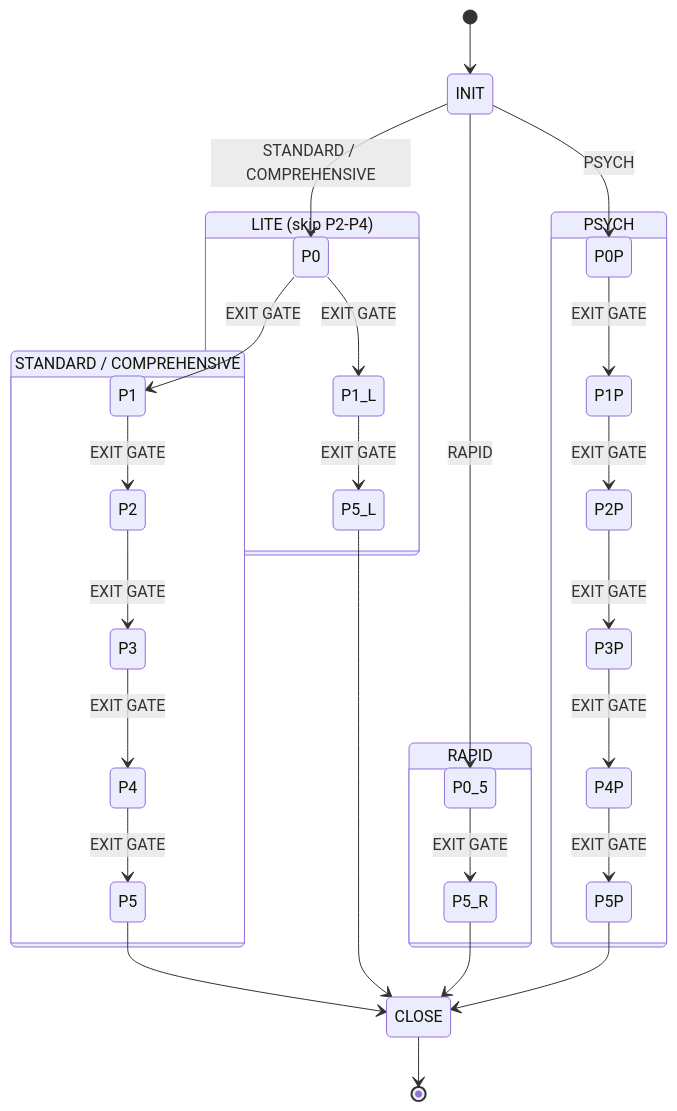
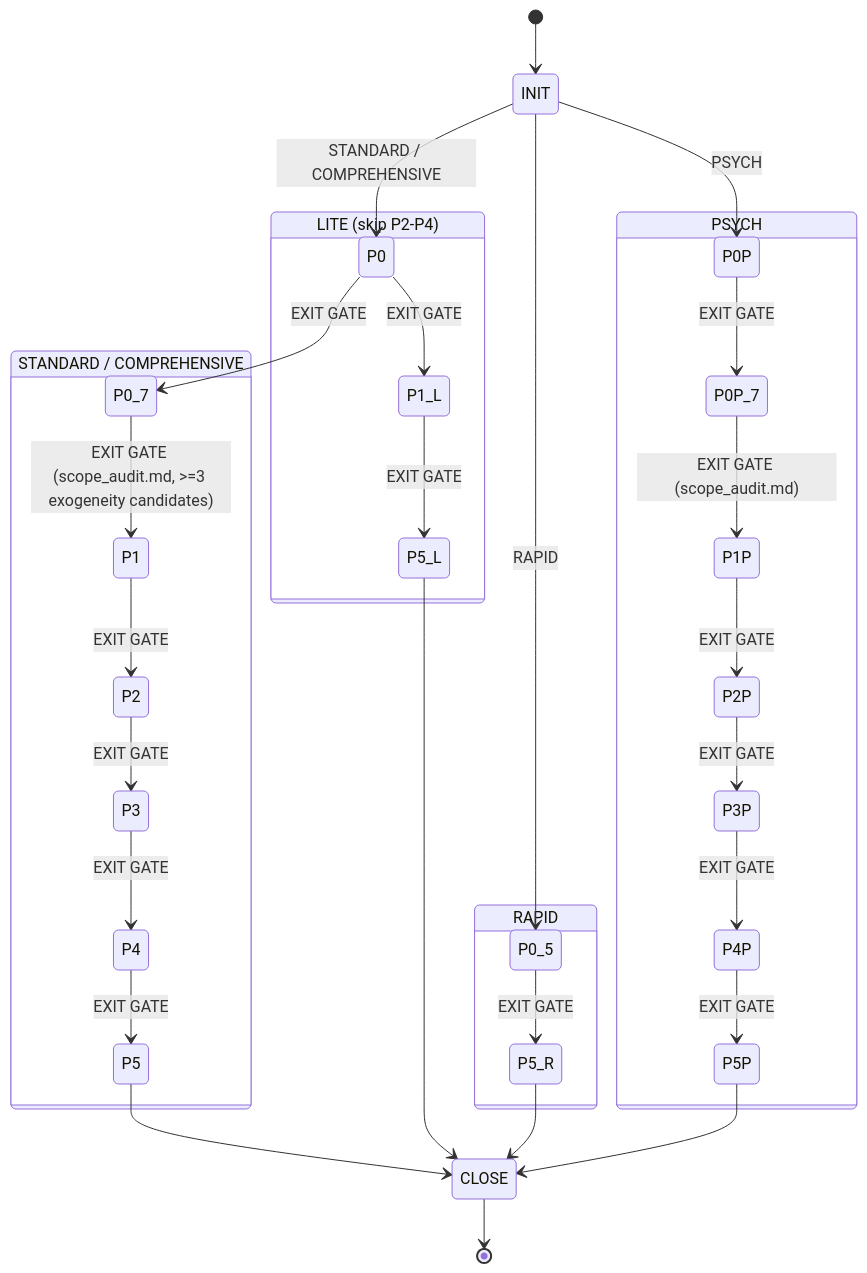
The diagram in src/SKILL.md (NikolasMarkou/epistemic-deconstructor), drawn with Mermaid before and after one commit. The commit also changed other lines of this file and 15 other files, not shown here.

````diff
--- a/src/SKILL.md
+++ b/src/SKILL.md
@@ -61,38 +61,40 @@
 ```mermaid
 stateDiagram-v2
     [*] --> INIT
     INIT --> P0 : STANDARD / COMPREHENSIVE
     INIT --> P0_5 : RAPID
     INIT --> P0P : PSYCH
 
     state "STANDARD / COMPREHENSIVE" as std {
-        P0 --> P1 : EXIT GATE
+        P0 --> P0_7 : EXIT GATE
+        P0_7 --> P1 : EXIT GATE (scope_audit.md, >=3 exogeneity candidates)
         P1 --> P2 : EXIT GATE
         P2 --> P3 : EXIT GATE
         P3 --> P4 : EXIT GATE
         P4 --> P5 : EXIT GATE
     }
 
     state "LITE (skip P2-P4)" as lite {
         P0 --> P1_L : EXIT GATE
         P1_L --> P5_L : EXIT GATE
     }
 
     state "RAPID" as rapid {
         P0_5 --> P5_R : EXIT GATE
     }
 
     state "PSYCH" as psych {
-        P0P --> P1P : EXIT GATE
+        P0P --> P0P_7 : EXIT GATE
+        P0P_7 --> P1P : EXIT GATE (scope_audit.md)
         P1P --> P2P : EXIT GATE
         P2P --> P3P : EXIT GATE
         P3P --> P4P : EXIT GATE
         P4P --> P5P : EXIT GATE
     }
 
     P5 --> CLOSE
     P5_L --> CLOSE
     P5_R --> CLOSE
     P5P --> CLOSE
     CLOSE --> [*]
 ```
````
